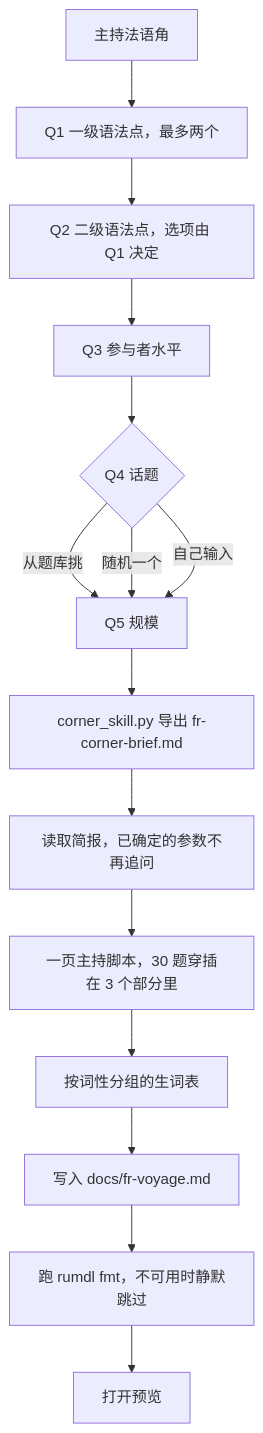
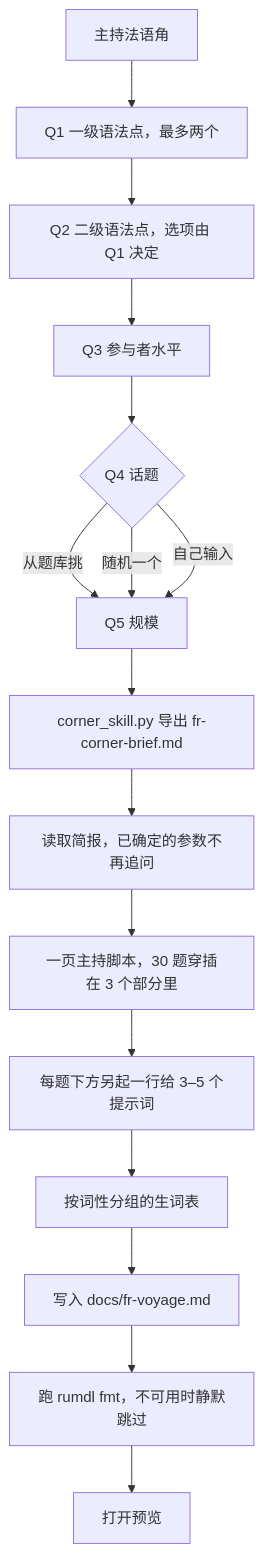
Before and after one commit to ivaquero/skills: the fifth of 10 diagrams in README.md, drawn with Mermaid. The commit also changed other lines of this file and 13 other files, not shown here.

````diff
--- a/README.md
+++ b/README.md
@@ -427,17 +427,18 @@
 ```mermaid
 flowchart TD
     A["主持法语角"] --> Q1["Q1 一级语法点，最多两个"]
     Q1 --> Q2["Q2 二级语法点，选项由 Q1 决定"]
     Q2 --> Q3["Q3 参与者水平"]
     Q3 --> Q4{"Q4 话题"}
     Q4 -->|从题库挑| Q5
     Q4 -->|随机一个| Q5
     Q4 -->|自己输入| Q5
     Q5["Q5 规模"] --> B["corner_skill.py 导出 fr-corner-brief.md"]
     B --> C["读取简报，已确定的参数不再追问"]
     C --> D["一页主持脚本，30 题穿插在 3 个部分里"]
-    D --> E["按词性分组的生词表"]
-    E --> F["写入 docs/fr-voyage.md"]
-    F --> G["跑 rumdl fmt，不可用时静默跳过"]
-    G --> H["打开预览"]
+    D --> E["每题下方另起一行给 3–5 个提示词"]
+    E --> F["按词性分组的生词表"]
+    F --> G["写入 docs/fr-voyage.md"]
+    G --> H["跑 rumdl fmt，不可用时静默跳过"]
+    H --> I["打开预览"]
 ```
````
